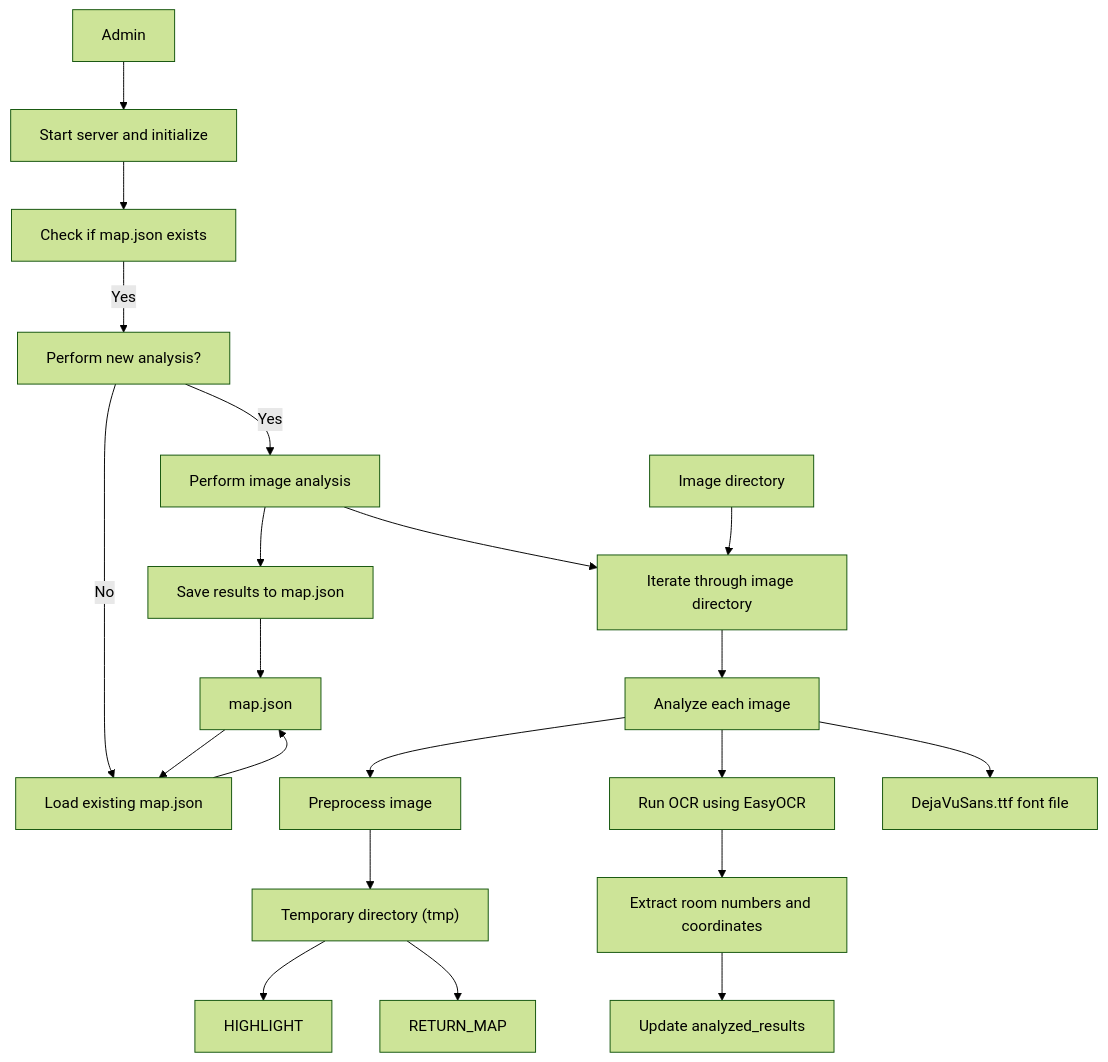
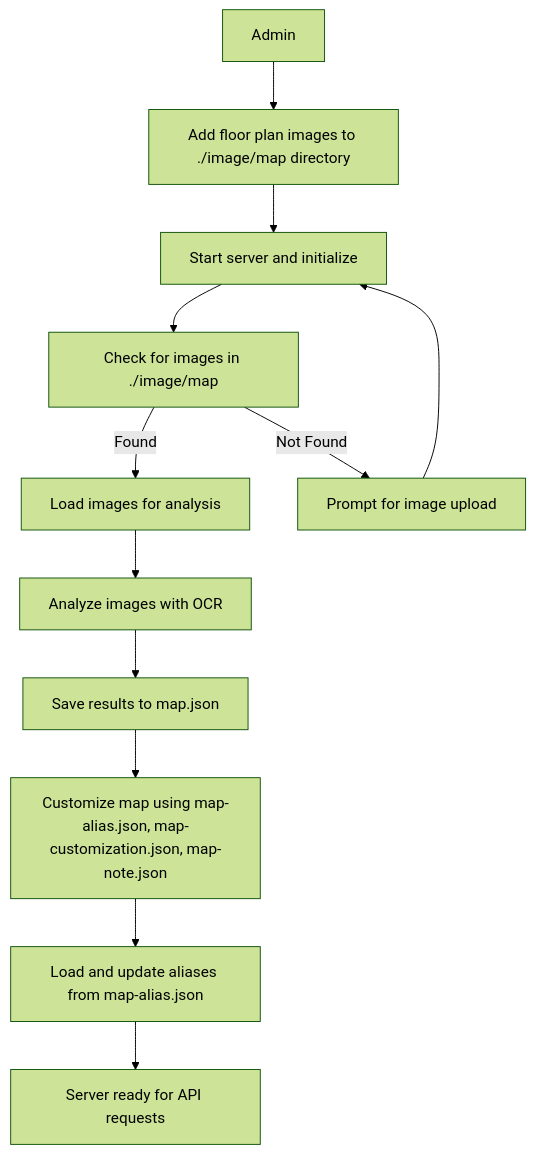
One commit to seokho-son/meetmap changed the first of 2 diagrams in README.md. Above: the diagram before and after it, drawn with Mermaid (forest theme). The commit also changed other lines of this file, not shown here.

````diff
--- a/README.md
+++ b/README.md
@@ -96,32 +202,15 @@
 ```mermaid
 graph TD
-    %% Admin interactions
-    A1[Admin] --> INIT[Start server and initialize]
-    INIT --> CHECK_JSON[Check if map.json exists]
-    CHECK_JSON -->|Yes| ANALYSIS_PROMPT[Perform new analysis?]
-    ANALYSIS_PROMPT -->|Yes| NEW_ANALYSIS[Perform image analysis]
-    NEW_ANALYSIS --> SAVE_JSON[Save results to map.json]
-    SAVE_JSON --> JSON_FILE[Write to map.json]
-    ANALYSIS_PROMPT -->|No| LOAD_JSON[Load existing map.json]
-    LOAD_JSON --> JSON_FILE[Read map.json]
+    A1[Admin] --> ADD_IMAGES[Add floor plan images to ./image/map directory]
+    ADD_IMAGES --> INIT[Start server and initialize]
+    INIT --> CHECK_IMAGES[Check for images in ./image/map]
+    CHECK_IMAGES -->|Found| LOAD_IMAGES[Load images for analysis]
+    LOAD_IMAGES --> PERFORM_ANALYSIS[Analyze images with OCR]
+    PERFORM_ANALYSIS --> SAVE_RESULTS[Save results to map.json]
+    SAVE_RESULTS --> CUSTOMIZE_MAP[Customize map using map-alias.json, map-customization.json, map-note.json]
+    CUSTOMIZE_MAP --> UPDATE_ALIASES[Load and update aliases from map-alias.json]
+    UPDATE_ALIASES --> READY[Server ready for API requests]
 
-    %% Image analysis workflow
-    NEW_ANALYSIS --> ITERATE[Iterate through image directory]
-    ITERATE --> PROCESS_IMAGE[Analyze each image]
-    PROCESS_IMAGE --> PREPROCESS[Preprocess image]
-    PREPROCESS --> TMP_DIR[Save preprocessed images to tmp directory]
-    PROCESS_IMAGE --> OCR[Run OCR using EasyOCR]
-    OCR --> EXTRACT[Extract room numbers and coordinates]
-    EXTRACT --> UPDATE_RESULTS[Update analyzed_results]
-    PROCESS_IMAGE --> FONT[Use DejaVuSans.ttf for annotations]
-
-    %% File relationships
-    JSON_FILE[map.json]
-    TMP_DIR["Temporary directory (tmp)"]
-    FONT["DejaVuSans.ttf font file"]
-    IMAGE_DIR["Image directory"]
-    JSON_FILE --> LOAD_JSON
-    TMP_DIR --> HIGHLIGHT
-    TMP_DIR --> RETURN_MAP
-    IMAGE_DIR --> ITERATE
+    CHECK_IMAGES -->|Not Found| WAIT_FOR_IMAGES[Prompt for image upload]
+    WAIT_FOR_IMAGES --> INIT
 ```
````
